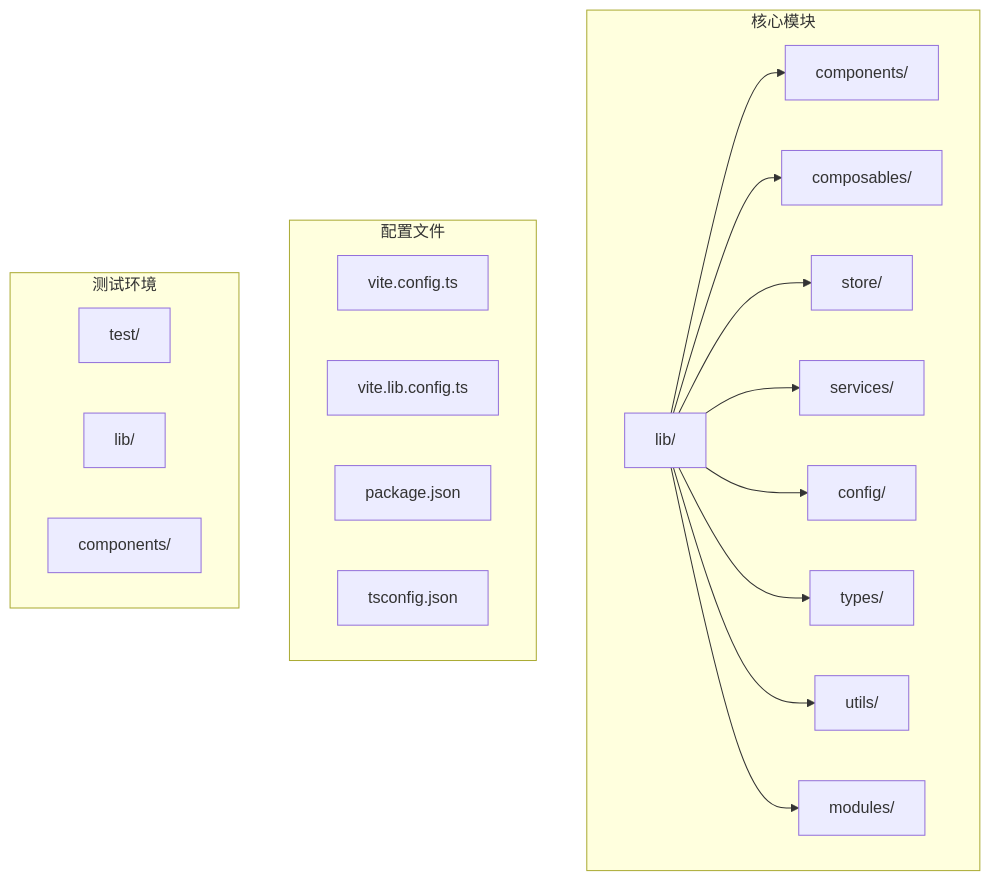
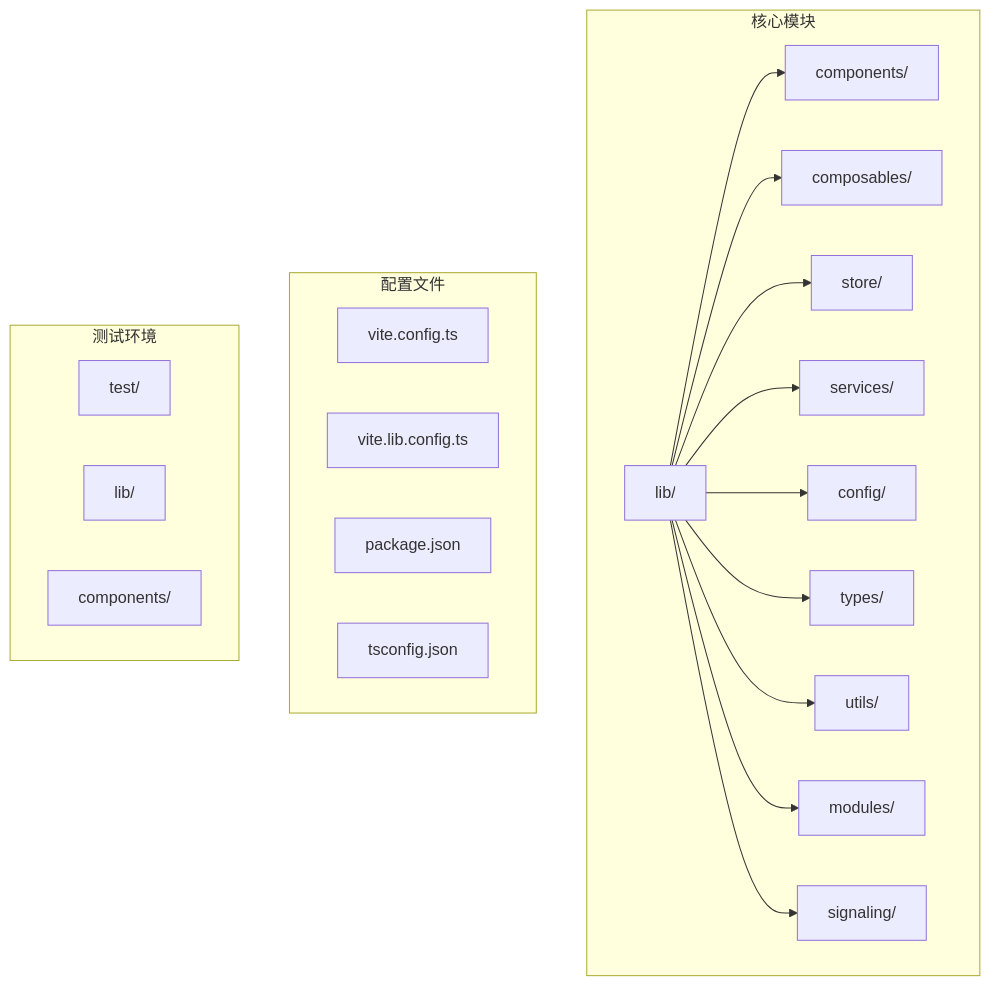
The first of 8 diagrams in .qoder/repowiki/zh/content/高级功能/功能开关系统.md (Easemob-Community/easemob-uikit-callkit-vue3), drawn with Mermaid before and after one commit. The commit also changed other lines of this file and 40 other files, not shown here.

````diff
--- a/.qoder/repowiki/zh/content/高级功能/功能开关系统.md
+++ b/.qoder/repowiki/zh/content/高级功能/功能开关系统.md
@@ -40,24 +51,25 @@
 ```mermaid
 graph TB
 subgraph "核心模块"
 A[lib/] --> B[components/]
 A --> C[composables/]
 A --> D[store/]
 A --> E[services/]
 A --> F[config/]
 A --> G[types/]
 A --> H[utils/]
 A --> I[modules/]
+A --> J[signaling/]
 end
 subgraph "配置文件"
-J[vite.config.ts]
-K[vite.lib.config.ts]
-L[package.json]
-M[tsconfig.json]
+K[vite.config.ts]
+L[vite.lib.config.ts]
+M[package.json]
+N[tsconfig.json]
 end
 subgraph "测试环境"
-N[test/]
-O[lib/]
-P[components/]
+O[test/]
+P[lib/]
+Q[components/]
 end
 ```
````
